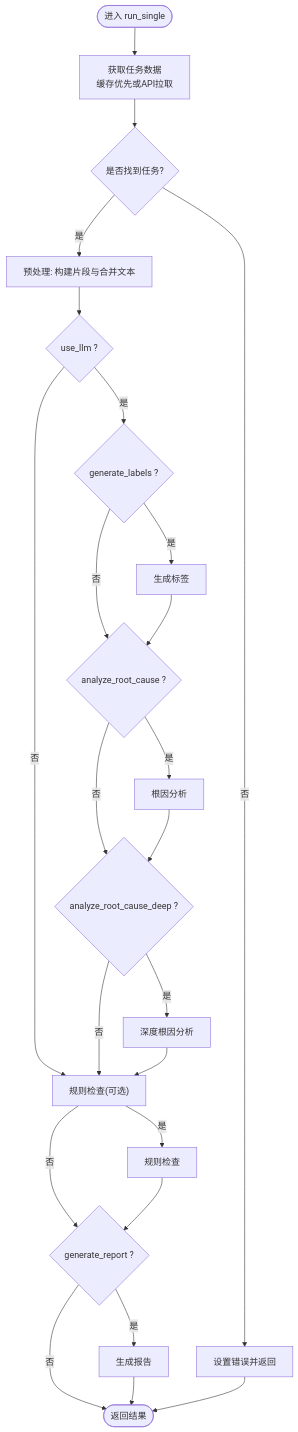
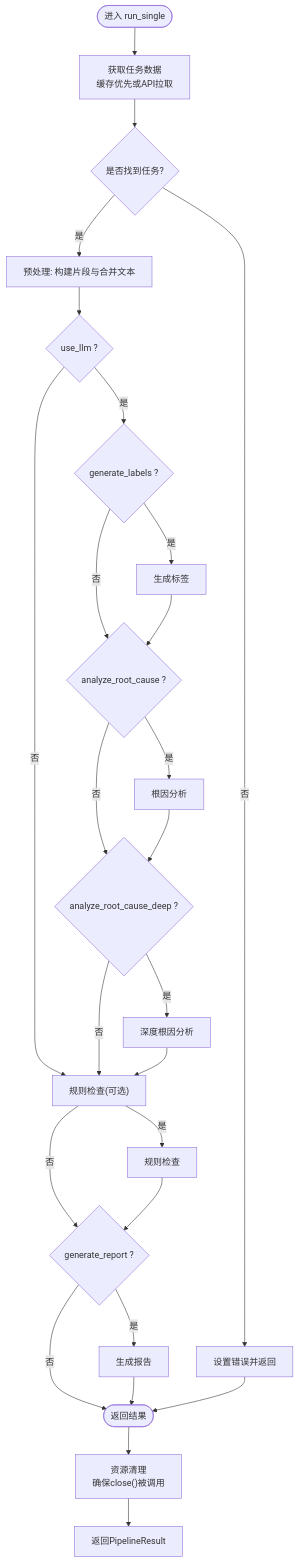
One commit to boyingliu01/fault-review-analyzer changed the fourth of 5 diagrams in .qoder/repowiki/zh/content/核心架构/核心组件/分析流水线编排器.md. Above: the diagram before and after it, drawn with Mermaid. The commit also changed other lines of this file and 123 other files, not shown here.

````diff
--- a/.qoder/repowiki/zh/content/核心架构/核心组件/分析流水线编排器.md
+++ b/.qoder/repowiki/zh/content/核心架构/核心组件/分析流水线编排器.md
@@ -317,26 +286,28 @@
 ```mermaid
 flowchart TD
 Start(["进入 run_single"]) --> Fetch["获取任务数据<br/>缓存优先或API拉取"]
 Fetch --> HasData{"是否找到任务?"}
 HasData -- 否 --> SetErr["设置错误并返回"]
 HasData -- 是 --> Preprocess["预处理: 构建片段与合并文本"]
 Preprocess --> LLMCheck{"use_llm ?"}
 LLMCheck -- 否 --> RulesCheck["规则检查(可选)"]
 LLMCheck -- 是 --> Labels{"generate_labels ?"}
 Labels -- 是 --> GenLabels["生成标签"]
 Labels -- 否 --> RCA{"analyze_root_cause ?"}
 GenLabels --> RCA
 RCA -- 是 --> DoRCA["根因分析"]
 RCA -- 否 --> DeepRCA{"analyze_root_cause_deep ?"}
 DoRCA --> DeepRCA
 DeepRCA -- 是 --> DoDeepRCA["深度根因分析"]
 DeepRCA -- 否 --> RulesCheck
 DoDeepRCA --> RulesCheck
 RulesCheck -- 是 --> CheckRules["规则检查"]
 RulesCheck -- 否 --> ReportGen{"generate_report ?"}
 CheckRules --> ReportGen
 ReportGen -- 是 --> GenReport["生成报告"]
 ReportGen -- 否 --> End(["返回结果"])
 GenReport --> End
 SetErr --> End
+End --> ResourceCleanup["资源清理<br/>确保close()被调用"]
+ResourceCleanup --> FinalReturn["返回PipelineResult"]
 ```
````
